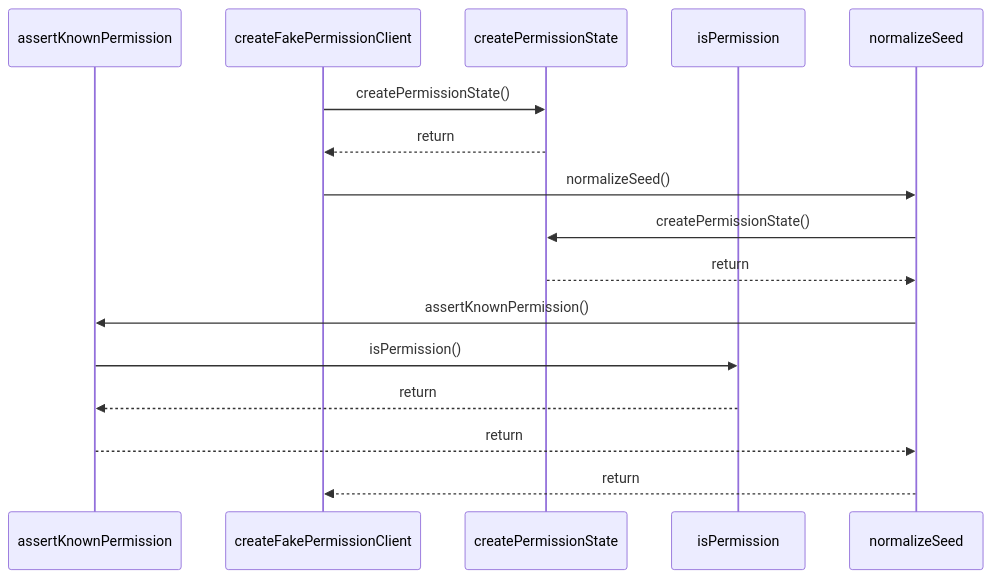
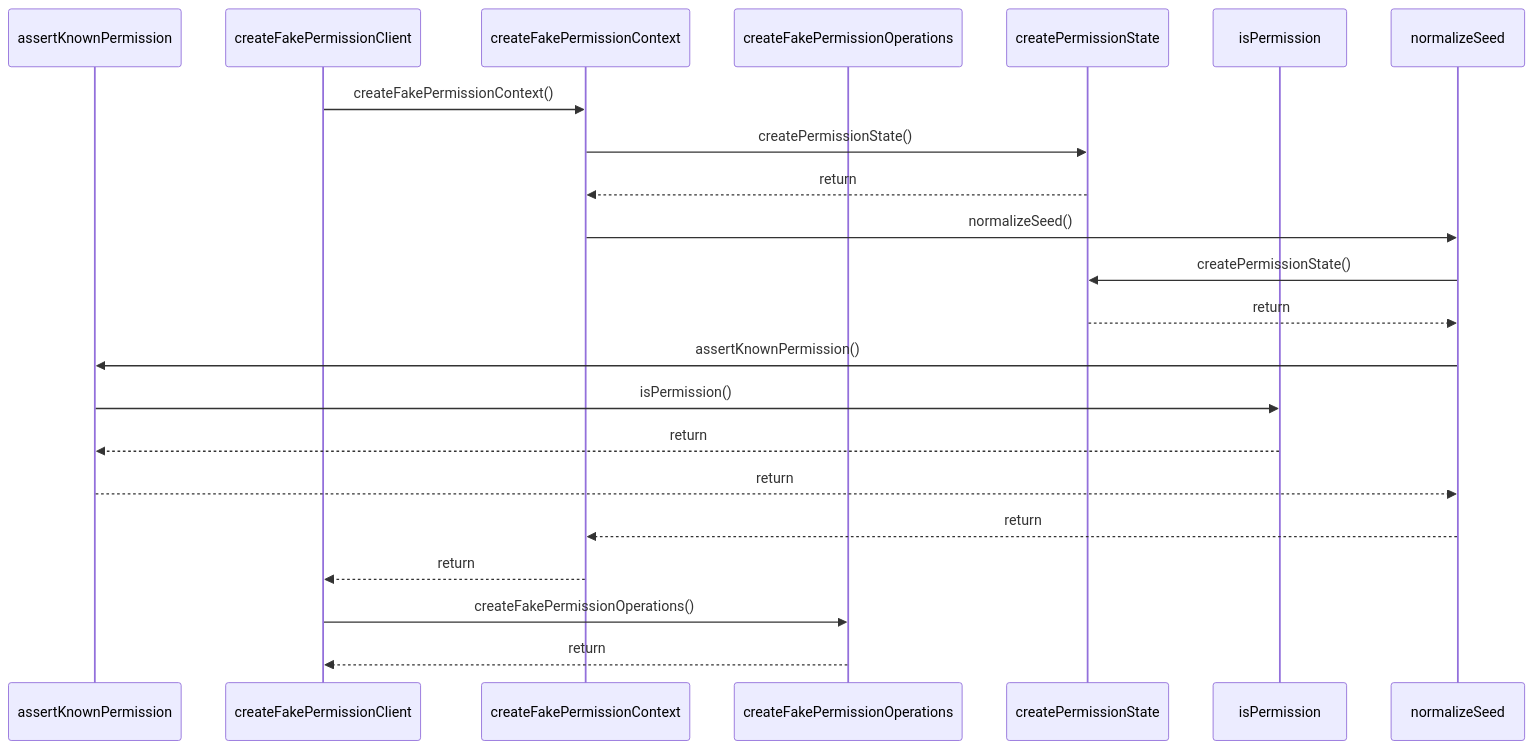
The diagram in paradox/diagrams/sequences/create-fake-permission-client.mmd (ankhorage/permissions), drawn with Mermaid before and after one commit. The commit also changed 38 other files, not shown here.

```diff
--- a/paradox/diagrams/sequences/create-fake-permission-client.mmd
+++ b/paradox/diagrams/sequences/create-fake-permission-client.mmd
@@ -1,16 +1,22 @@
 sequenceDiagram
   participant participant_assertKnownPermission as assertKnownPermission
   participant participant_createFakePermissionClient as createFakePermissionClient
+  participant participant_createFakePermissionContext as createFakePermissionContext
+  participant participant_createFakePermissionOperations as createFakePermissionOperations
   participant participant_createPermissionState as createPermissionState
   participant participant_isPermission as isPermission
   participant participant_normalizeSeed as normalizeSeed
-  participant_createFakePermissionClient->>participant_createPermissionState: createPermissionState()
-  participant_createPermissionState-->>participant_createFakePermissionClient: return
-  participant_createFakePermissionClient->>participant_normalizeSeed: normalizeSeed()
+  participant_createFakePermissionClient->>participant_createFakePermissionContext: createFakePermissionContext()
+  participant_createFakePermissionContext->>participant_createPermissionState: createPermissionState()
+  participant_createPermissionState-->>participant_createFakePermissionContext: return
+  participant_createFakePermissionContext->>participant_normalizeSeed: normalizeSeed()
   participant_normalizeSeed->>participant_createPermissionState: createPermissionState()
   participant_createPermissionState-->>participant_normalizeSeed: return
   participant_normalizeSeed->>participant_assertKnownPermission: assertKnownPermission()
   participant_assertKnownPermission->>participant_isPermission: isPermission()
   participant_isPermission-->>participant_assertKnownPermission: return
   participant_assertKnownPermission-->>participant_normalizeSeed: return
-  participant_normalizeSeed-->>participant_createFakePermissionClient: return
+  participant_normalizeSeed-->>participant_createFakePermissionContext: return
+  participant_createFakePermissionContext-->>participant_createFakePermissionClient: return
+  participant_createFakePermissionClient->>participant_createFakePermissionOperations: createFakePermissionOperations()
+  participant_createFakePermissionOperations-->>participant_createFakePermissionClient: return
```
